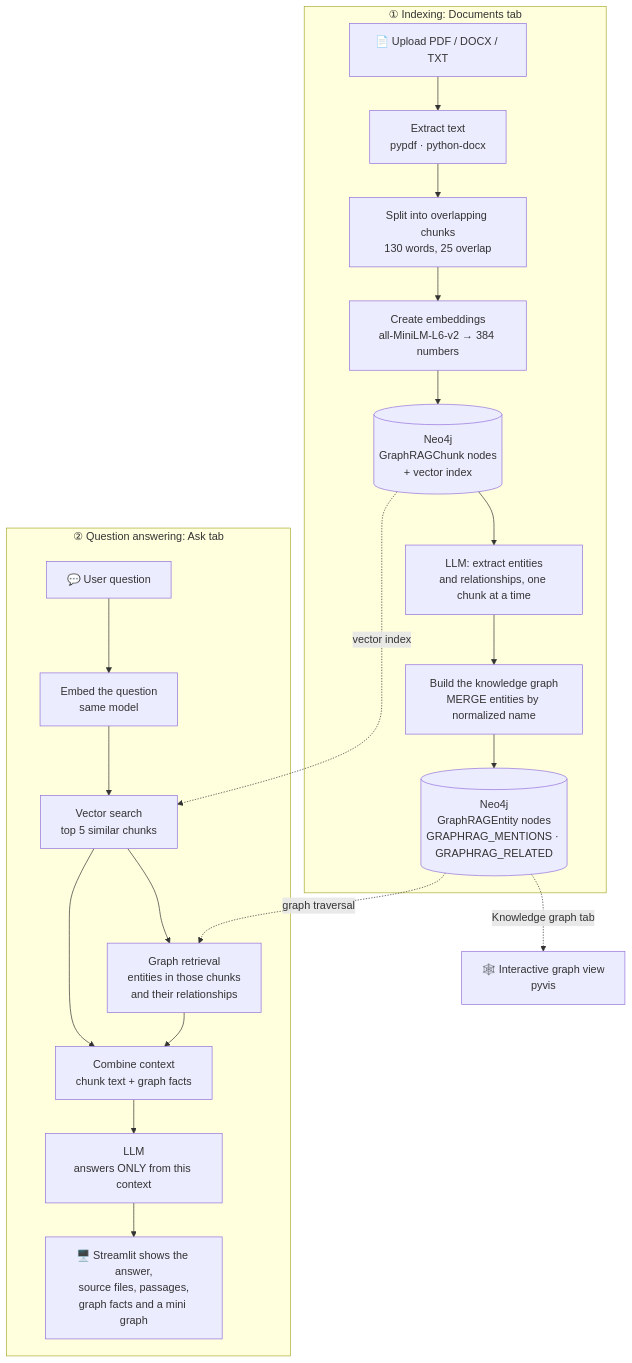
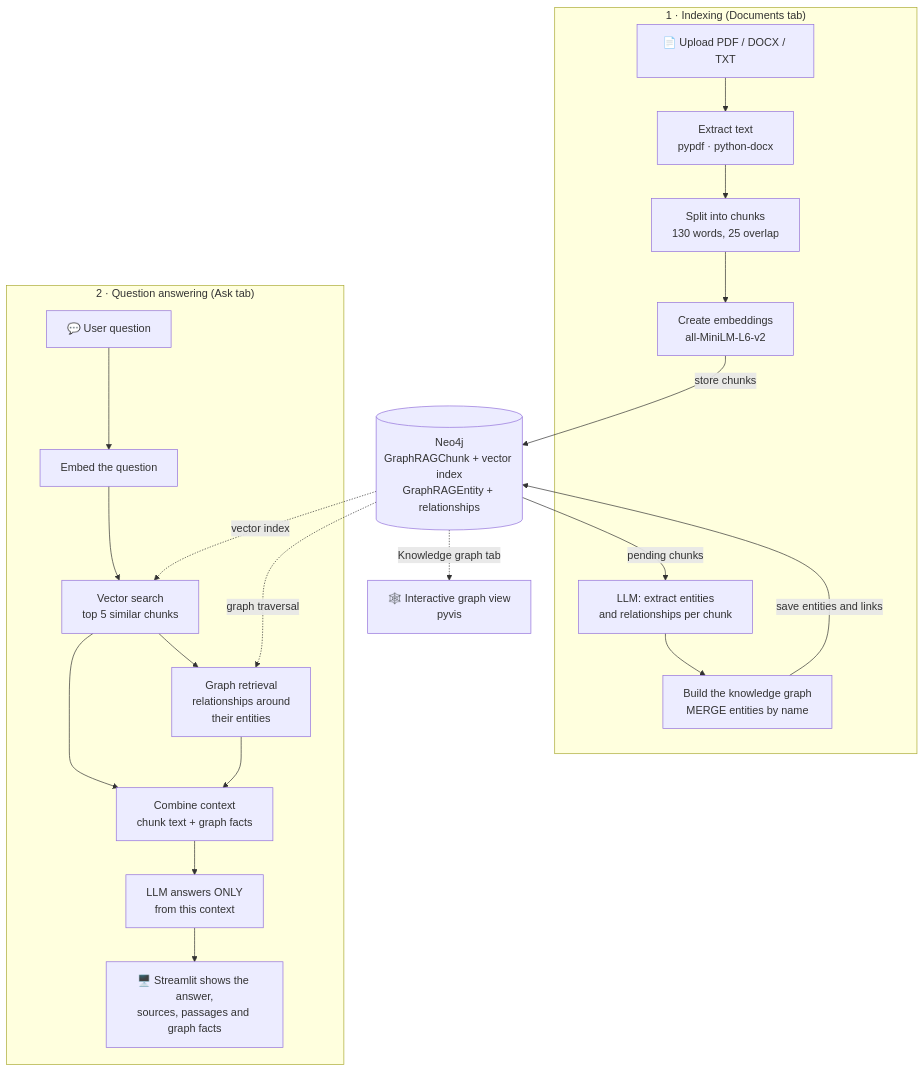
The fourth of 4 diagrams in README.md (Vineelamudala/graphRAG), drawn with Mermaid before and after one commit. The commit also changed other lines of this file, not shown here.

Commit message:
include architecture diagram in Readme.md

````diff
--- a/README.md
+++ b/README.md
@@ -115,26 +169,29 @@
 ```mermaid
-flowchart TD
-    subgraph IDX["① Indexing: Documents tab"]
+flowchart TB
+    subgraph IDX["1 · Indexing (Documents tab)"]
         A["📄 Upload PDF / DOCX / TXT"] --> B["Extract text<br/>pypdf · python-docx"]
-        B --> C["Split into overlapping chunks<br/>130 words, 25 overlap"]
-        C --> D["Create embeddings<br/>all-MiniLM-L6-v2 → 384 numbers"]
-        D --> E[("Neo4j<br/>GraphRAGChunk nodes<br/>+ vector index")]
-        E --> F["LLM: extract entities<br/>and relationships, one chunk at a time"]
-        F --> G["Build the knowledge graph<br/>MERGE entities by normalized name"]
-        G --> H[("Neo4j<br/>GraphRAGEntity nodes<br/>GRAPHRAG_MENTIONS · GRAPHRAG_RELATED")]
+        B --> C["Split into chunks<br/>130 words, 25 overlap"]
+        C --> D["Create embeddings<br/>all-MiniLM-L6-v2"]
+        F["LLM: extract entities<br/>and relationships per chunk"] --> G["Build the knowledge graph<br/>MERGE entities by name"]
     end
 
-    subgraph QA["② Question answering: Ask tab"]
-        Q["💬 User question"] --> QE["Embed the question<br/>same model"]
+    DB[("Neo4j<br/>GraphRAGChunk + vector index<br/>GraphRAGEntity + relationships")]
+
+    D -->|store chunks| DB
+    DB -->|pending chunks| F
+    G -->|save entities and links| DB
+
+    subgraph QA["2 · Question answering (Ask tab)"]
+        Q["💬 User question"] --> QE["Embed the question"]
         QE --> VS["Vector search<br/>top 5 similar chunks"]
-        VS --> GR["Graph retrieval<br/>entities in those chunks<br/>and their relationships"]
+        VS --> GR["Graph retrieval<br/>relationships around<br/>their entities"]
         VS --> CTX["Combine context<br/>chunk text + graph facts"]
         GR --> CTX
-        CTX --> LLM["LLM<br/>answers ONLY from this context"]
-        LLM --> UI["🖥️ Streamlit shows the answer,<br/>source files, passages,<br/>graph facts and a mini graph"]
+        CTX --> LLM["LLM answers ONLY<br/>from this context"]
+        LLM --> UI["🖥️ Streamlit shows the answer,<br/>sources, passages and graph facts"]
     end
 
-    E -.->|vector index| VS
-    H -.->|graph traversal| GR
-    H -.->|Knowledge graph tab| VIZ["🕸️ Interactive graph view<br/>pyvis"]
+    DB -.->|vector index| VS
+    DB -.->|graph traversal| GR
+    DB -.->|Knowledge graph tab| VIZ["🕸️ Interactive graph view<br/>pyvis"]
 ```
````
